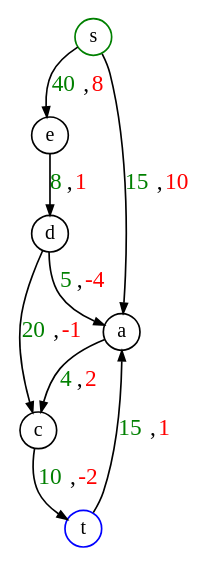
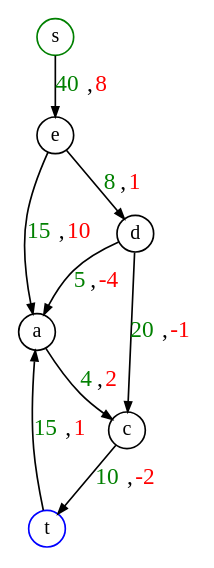
The diagram in apply_bellman.gv (SlaveofChrist/Op-Research), drawn with Graphviz before and after one commit. The commit also changed 4 other files, not shown here.

```diff
--- a/apply_bellman.gv
+++ b/apply_bellman.gv
@@ -1,21 +1,21 @@
 digraph Gv2{
               graph [nodesep="0.3", ranksep="0.3",fontsize=12]
               node [shape=circle,fixedsize=true,width=.3,height=.3,fontsize=12]
               edge [arrowsize=0.6]
 
               s -> e [label = <<font color="green">40</font>,<font color="red">8</font>>]
-              s -> a [label = <<font color="green">15</font>,<font color="red">10</font>>]
+              e -> a [label = <<font color="green">15</font>,<font color="red">10</font>>]
               e -> d [label = <<font color="green">8</font>,<font color="red">1</font>>]
               d -> a [label = <<font color="green">5</font>,<font color="red">-4</font>>]
               d -> c [label = <<font color="green">20</font>,<font color="red">-1</font>>]
               a -> c [label = <<font color="green">4</font>,<font color="red">2</font>>]
               c -> t [label = <<font color="green">10</font>,<font color="red">-2</font>>]
               t -> a [label = <<font color="green">15</font>,<font color="red">1</font>>]
 
               s [label="s",color=green]
               e [label="e"]
               a [label="a"]
               d [label="d"]
               c [label="c"]
               t [label="t",color=blue]
 }
```
